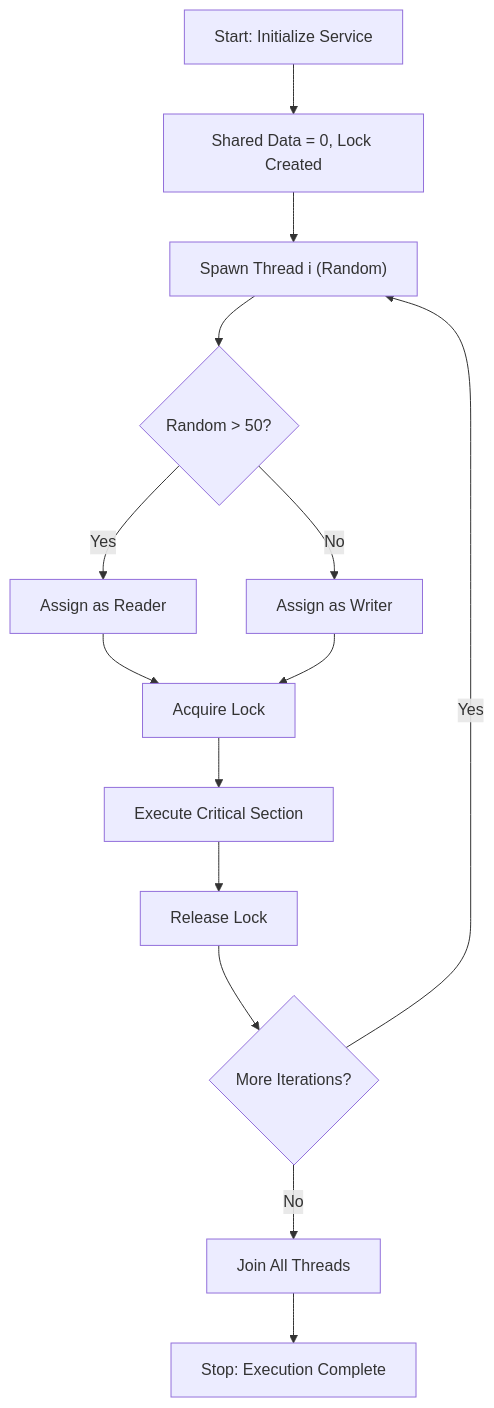
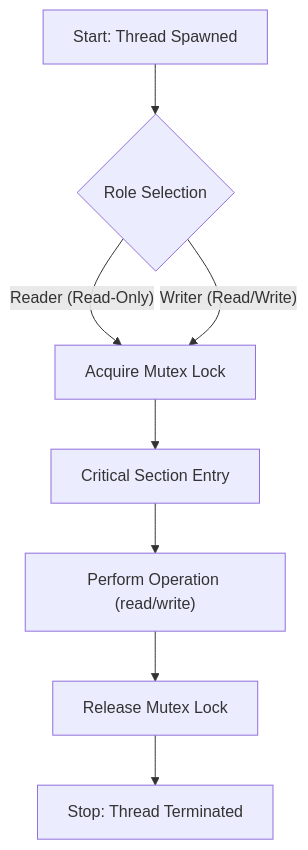
Before and after one commit to Amey-Thakur/PYTHON-SHORTS: the first of 2 diagrams in Source Code/Reader Writer/README.md, drawn with Mermaid. The commit also changed other lines of this file and 2 other files, not shown here.

Commit message:
Python Shorts

````diff
--- a/Source Code/Reader Writer/README.md
+++ b/Source Code/Reader Writer/README.md
@@ -54,16 +57,10 @@
 ```mermaid
-graph TD
-    A["Start: Initialize Service"] --> B["Shared Data = 0, Lock Created"]
-    B --> C["Spawn Thread i (Random)"]
-    C --> D{Random > 50?}
-    D -- Yes --> E["Assign as Reader"]
-    D -- No --> F["Assign as Writer"]
-    E --> G["Acquire Lock"]
-    F --> G
-    G --> H["Execute Critical Section"]
-    H --> I["Release Lock"]
-    I --> J{More Iterations?}
-    J -- Yes --> C
-    J -- No --> K["Join All Threads"]
-    K --> L["Stop: Execution Complete"]
+flowchart TD
+    A["Start: Thread Spawned"] --> B{"Role Selection"}
+    B -- "Reader (Read-Only)" --> C["Acquire Mutex Lock"]
+    B -- "Writer (Read/Write)" --> C
+    C --> D["Critical Section Entry"]
+    D --> E["Perform Operation (read/write)"]
+    E --> F["Release Mutex Lock"]
+    F --> G["Stop: Thread Terminated"]
 ```
````
